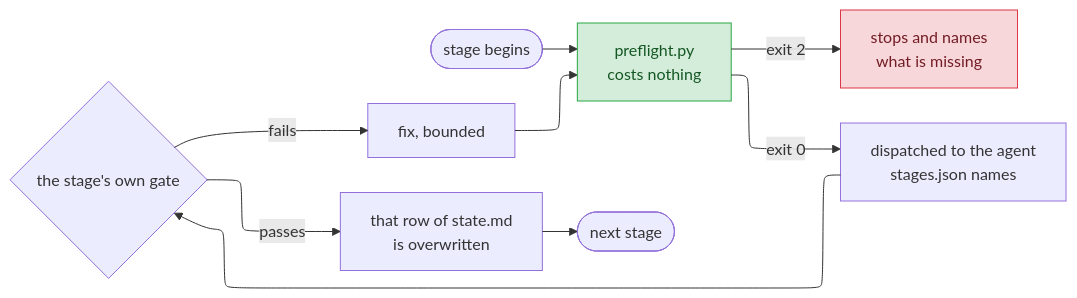
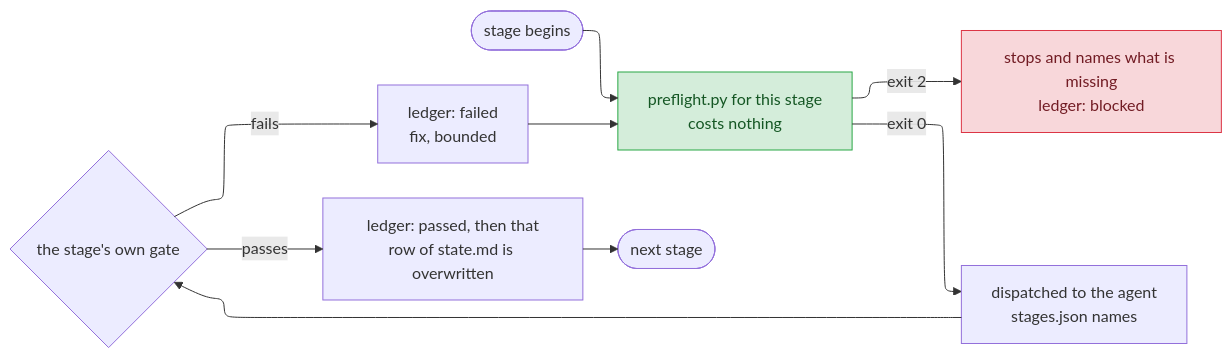
The diagram in MANUAL.md (millerlai/claude-all-in-one), drawn with Mermaid before and after one commit. The commit also changed other lines of this file and 3 other files, not shown here.

````diff
--- a/MANUAL.md
+++ b/MANUAL.md
@@ -45,21 +55,21 @@
 ```mermaid
 ---
 config:
   flowchart:
     defaultRenderer: "elk"
 ---
 flowchart LR
-    S(["stage begins"]) --> P["preflight.py <stage><br/>costs nothing"]
-    P -->|"exit 2"| B["stops and names<br/>what is missing"]
+    S(["stage begins"]) --> P["preflight.py for this stage<br/>costs nothing"]
+    P -->|"exit 2"| B["stops and names what is missing<br/>ledger: blocked"]
     P -->|"exit 0"| D["dispatched to the agent<br/>stages.json names"]
     D --> G{"the stage's own gate"}
-    G -->|"fails"| F["fix, bounded"]
+    G -->|"fails"| F["ledger: failed<br/>fix, bounded"]
     F --> P
-    G -->|"passes"| W["that row of state.md<br/>is overwritten"]
+    G -->|"passes"| W["ledger: passed, then that<br/>row of state.md is overwritten"]
     W --> N(["next stage"])
 
     classDef stop fill:#f8d7da,stroke:#dc3545,color:#721c24
     classDef free fill:#d4edda,stroke:#28a745,color:#155724
     class B stop
     class P free
 ```
````
